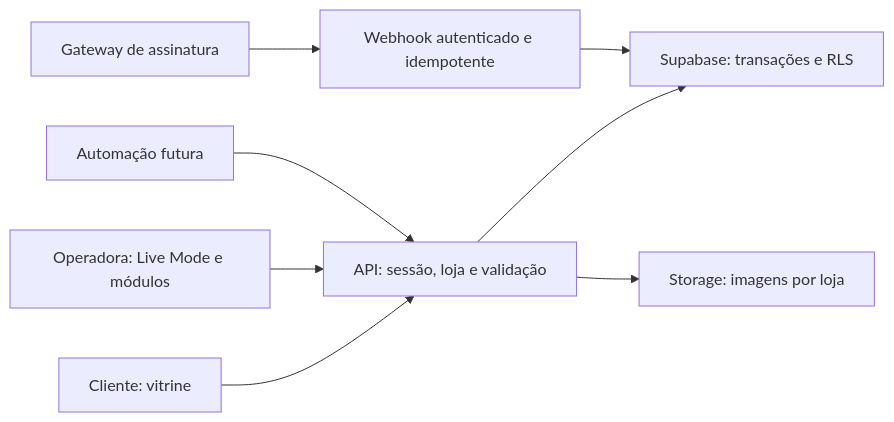
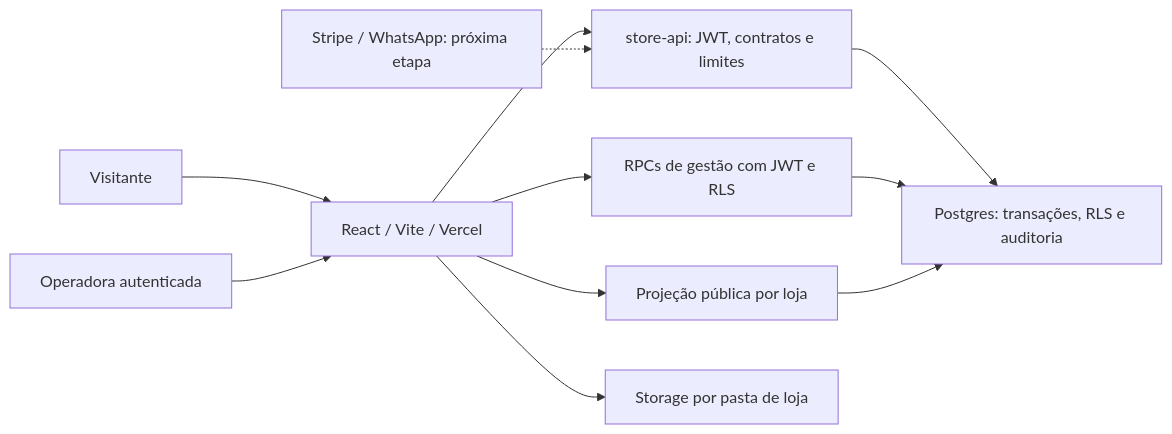
Before and after one commit to Erick-Douglas/App-PresenteDoce: the diagram in docs/ARQUITETURA.md, drawn with Mermaid. The commit also changed other lines of this file and 73 other files, not shown here.

````diff
--- a/docs/ARQUITETURA.md
+++ b/docs/ARQUITETURA.md
@@ -21,10 +9,13 @@
 ```mermaid
 flowchart LR
-  C[Cliente: vitrine] --> API[API: sessão, loja e validação]
-  A[Operadora: Live Mode e módulos] --> API
-  API --> DB[Supabase: transações e RLS]
-  API --> ST[Storage: imagens por loja]
-  G[Gateway de assinatura] --> WH[Webhook autenticado e idempotente]
-  WH --> DB
-  BOT[Automação futura] --> API
+  V[Visitante] --> UI[React / Vite / Vercel]
+  A[Operadora autenticada] --> UI
+  UI --> PUB[Projeção pública por loja]
+  UI --> API[store-api: JWT, contratos e limites]
+  UI --> RPC[RPCs de gestão com JWT e RLS]
+  API --> DB[Postgres: transações, RLS e auditoria]
+  RPC --> DB
+  PUB --> DB
+  UI --> ST[Storage por pasta de loja]
+  B[Stripe / WhatsApp: próxima etapa] -.-> API
 ```
````
